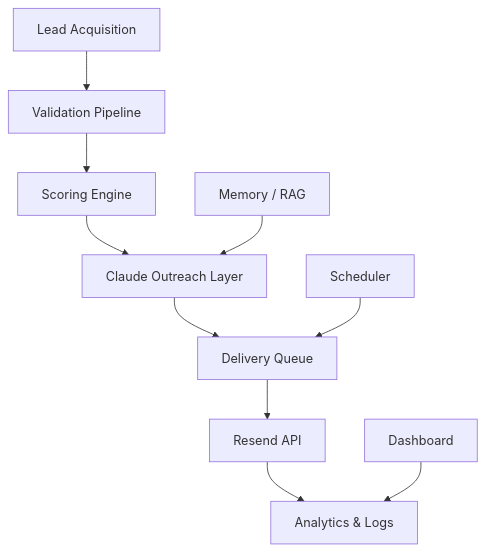
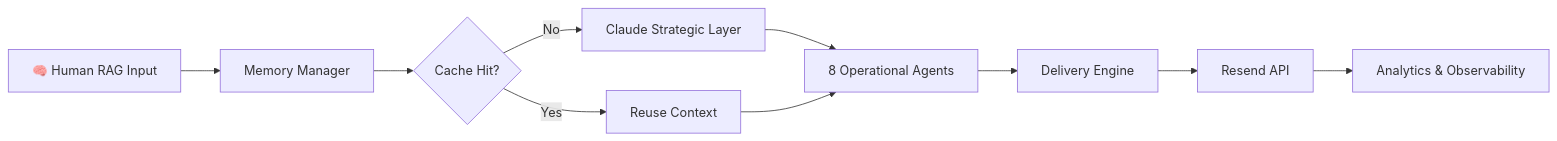
The diagram in README.md (SAMIRRICARDO/ai-cognitive-runtime), drawn with Mermaid before and after one commit. The commit also changed other lines of this file and 2 other files, not shown here.

First line of the commit message:
feat(github): reescrever README + demo Human RAG + profile README

````diff
--- a/README.md
+++ b/README.md
@@ -68,13 +68,12 @@
 ```mermaid
-flowchart TD
-  A[Lead Acquisition] --> B[Validation Pipeline]
-  B --> C[Scoring Engine]
-  C --> D[Claude Outreach Layer]
-  D --> E[Delivery Queue]
-  E --> F[Resend API]
-  F --> G[Analytics & Logs]
-
-  H[Memory / RAG] --> D
-  I[Dashboard] --> G
-  J[Scheduler] --> E
+flowchart LR
+  A[🧠 Human RAG Input] --> B[Memory Manager]
+  B --> C{Cache Hit?}
+  C -- Yes --> D[Reuse Context]
+  C -- No --> E[Claude Strategic Layer]
+  E --> F[8 Operational Agents]
+  F --> G[Delivery Engine]
+  G --> H[Resend API]
+  H --> I[Analytics & Observability]
+  D --> F
 ```
````
